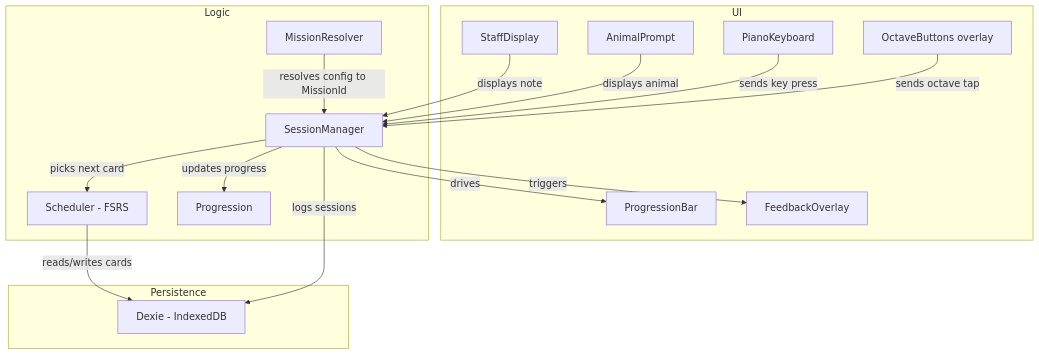
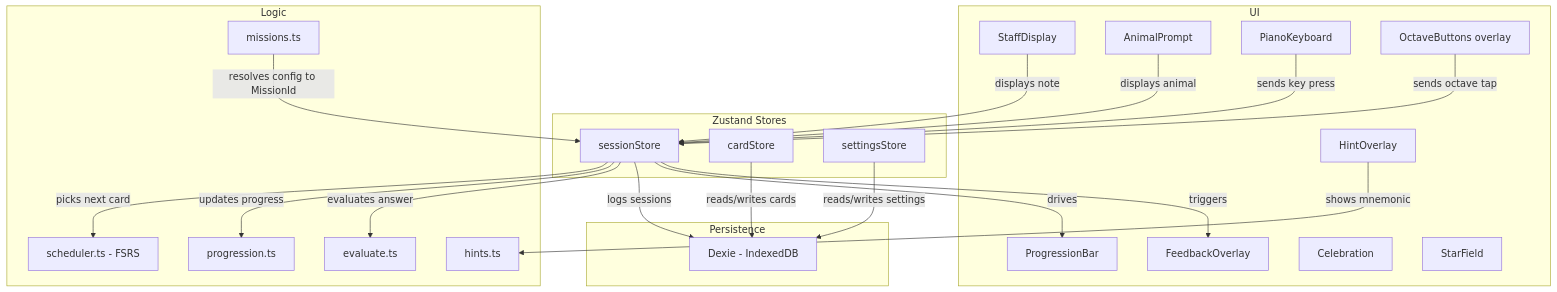
The first of 2 diagrams in docs/TDD.md (dpkay/vibeyond), drawn with Mermaid before and after one commit. The commit also changed other lines of this file and 9 other files, not shown here.

````diff
--- a/docs/TDD.md
+++ b/docs/TDD.md
@@ -22,34 +22,47 @@
 ```mermaid
 graph TD
     subgraph UI
         A[StaffDisplay]
         A2[AnimalPrompt]
         B[PianoKeyboard]
         B2[OctaveButtons overlay]
         C[ProgressionBar]
         D[FeedbackOverlay]
+        D2[HintOverlay]
+        D3[Celebration]
+        SF[StarField]
+    end
+
+    subgraph "Zustand Stores"
+        SS[sessionStore]
+        CS[cardStore]
+        SET[settingsStore]
     end
 
     subgraph Logic
-        E[SessionManager]
-        F[Scheduler - FSRS]
-        G[Progression]
-        M[MissionResolver]
+        F[scheduler.ts - FSRS]
+        G[progression.ts]
+        EV[evaluate.ts]
+        H[hints.ts]
+        M[missions.ts]
     end
 
     subgraph Persistence
-        H[Dexie - IndexedDB]
+        DB[Dexie - IndexedDB]
     end
 
-    M -- resolves config to MissionId --> E
-    E -- picks next card --> F
-    E -- updates progress --> G
-    F -- reads/writes cards --> H
-    E -- logs sessions --> H
-    A -- displays note --> E
-    A2 -- displays animal --> E
-    B -- sends key press --> E
-    B2 -- sends octave tap --> E
-    E -- drives --> C
-    E -- triggers --> D
+    M -- resolves config to MissionId --> SS
+    SS -- picks next card --> F
+    SS -- updates progress --> G
+    SS -- evaluates answer --> EV
+    CS -- reads/writes cards --> DB
+    SS -- logs sessions --> DB
+    SET -- reads/writes settings --> DB
+    A -- displays note --> SS
+    A2 -- displays animal --> SS
+    B -- sends key press --> SS
+    B2 -- sends octave tap --> SS
+    SS -- drives --> C
+    SS -- triggers --> D
+    D2 -- shows mnemonic --> H
 ```
````
